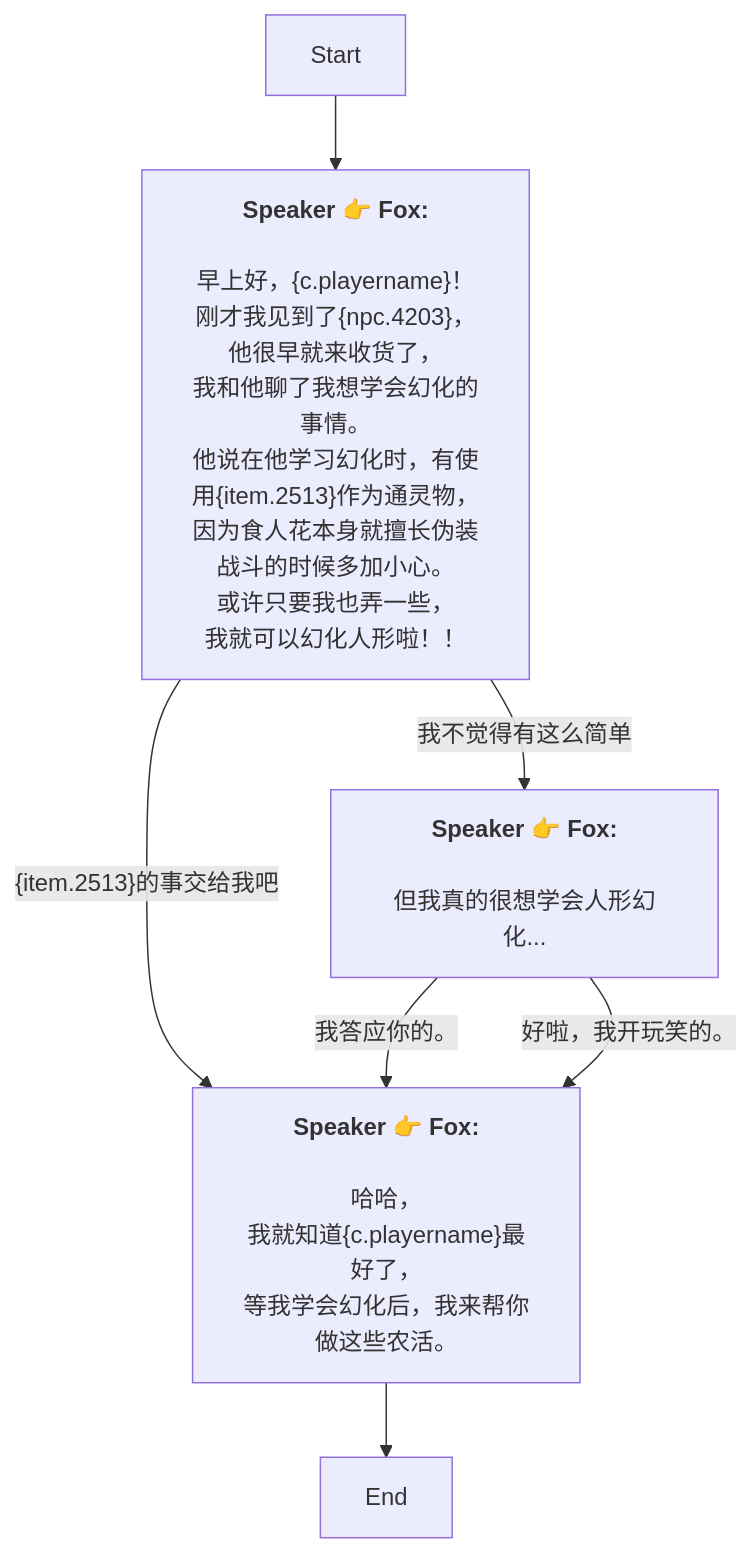
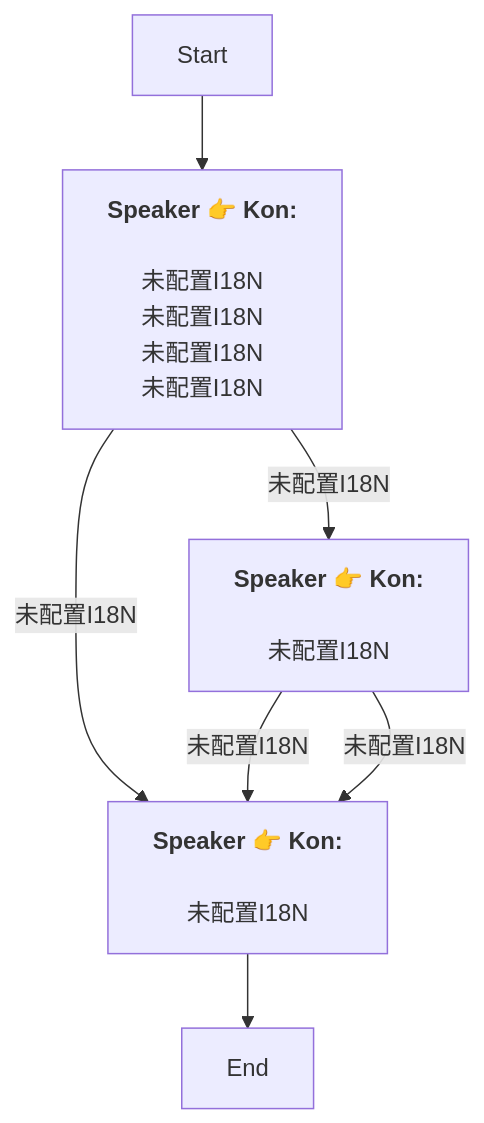
One commit to SoftHu/tos_avg changed the diagram in Zh/QuestStartTalkENode_1738538277243034.md. Above: the diagram before and after it, drawn with Mermaid. The commit also changed 730 other files, not shown here.

````diff
--- a/Zh/QuestStartTalkENode_1738538277243034.md
+++ b/Zh/QuestStartTalkENode_1738538277243034.md
@@ -1,26 +1,15 @@
 ```mermaid
 graph
-Start -->1738538993755293[<b>Speaker 👉 Fox:</b>
-\n早上好，&lbrace;c.playername&rbrace;！\n刚才我见到了&lbrace;npc.4203&rbrace;，
-他很早就来收货了，
-我和他聊了我想学会幻化的事情。\n他说在他学习幻化时，有使用&lbrace;item.2513&rbrace;作为通灵物，
-因为食人花本身就擅长伪装
-战斗的时候多加小心。\n或许只要我也弄一些，
-我就可以幻化人形啦！！]
-1738538993755293 -->|&lbrace;item.2513&rbrace;的事交给我吧|1738539326217385[<b>Speaker 👉 Fox:</b>
-\n哈哈，
-我就知道&lbrace;c.playername&rbrace;最好了，
-等我学会幻化后，我来帮你做这些农活。]
-1738538993755293 -->|我不觉得有这么简单|1738539246921891[<b>Speaker 👉 Fox:</b>
-\n但我真的很想学会人形幻化...]
-1738539246921891 -->|我答应你的。|1738539326217385[<b>Speaker 👉 Fox:</b>
-\n哈哈，
-我就知道&lbrace;c.playername&rbrace;最好了，
-等我学会幻化后，我来帮你做这些农活。]
-1738539246921891 -->|好啦，我开玩笑的。|1738539326217385[<b>Speaker 👉 Fox:</b>
-\n哈哈，
-我就知道&lbrace;c.playername&rbrace;最好了，
-等我学会幻化后，我来帮你做这些农活。]
+Start -->1738538993755293[<b>Speaker 👉 Kon:</b>
+\n未配置I18N\n未配置I18N\n未配置I18N\n未配置I18N]
+1738538993755293 -->|未配置I18N|1738539326217385[<b>Speaker 👉 Kon:</b>
+\n未配置I18N]
+1738538993755293 -->|未配置I18N|1738539246921891[<b>Speaker 👉 Kon:</b>
+\n未配置I18N]
+1738539246921891 -->|未配置I18N|1738539326217385[<b>Speaker 👉 Kon:</b>
+\n未配置I18N]
+1738539246921891 -->|未配置I18N|1738539326217385[<b>Speaker 👉 Kon:</b>
+\n未配置I18N]
 1738539326217385 -->1738539373948074[End]
 
 ```
````
